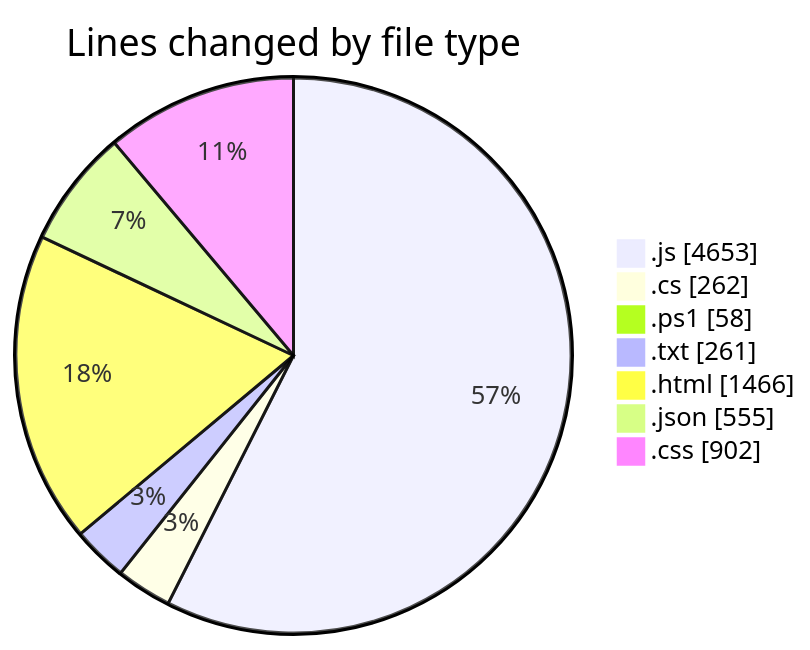
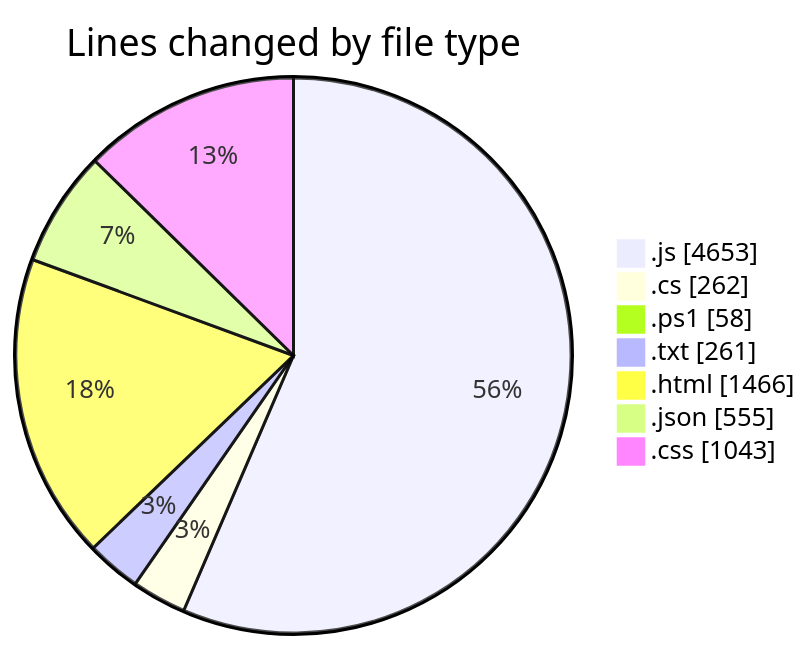
Before and after one commit to becaeroporto-bot/code-tracking: the first of 2 diagrams in 2026-02-17/bot_v1_2/README.md, drawn with Mermaid. The commit also changed other lines of this file and 1 other file, not shown here.

````diff
--- a/2026-02-17/bot_v1_2/README.md
+++ b/2026-02-17/bot_v1_2/README.md
@@ -40,11 +41,11 @@
 ```mermaid
 pie showData
 title Lines changed by file type
 ".js" : 4653
 ".cs" : 262
 ".ps1" : 58
 ".txt" : 261
 ".html" : 1466
 ".json" : 555
-".css" : 902
+".css" : 1043
 ```
````
